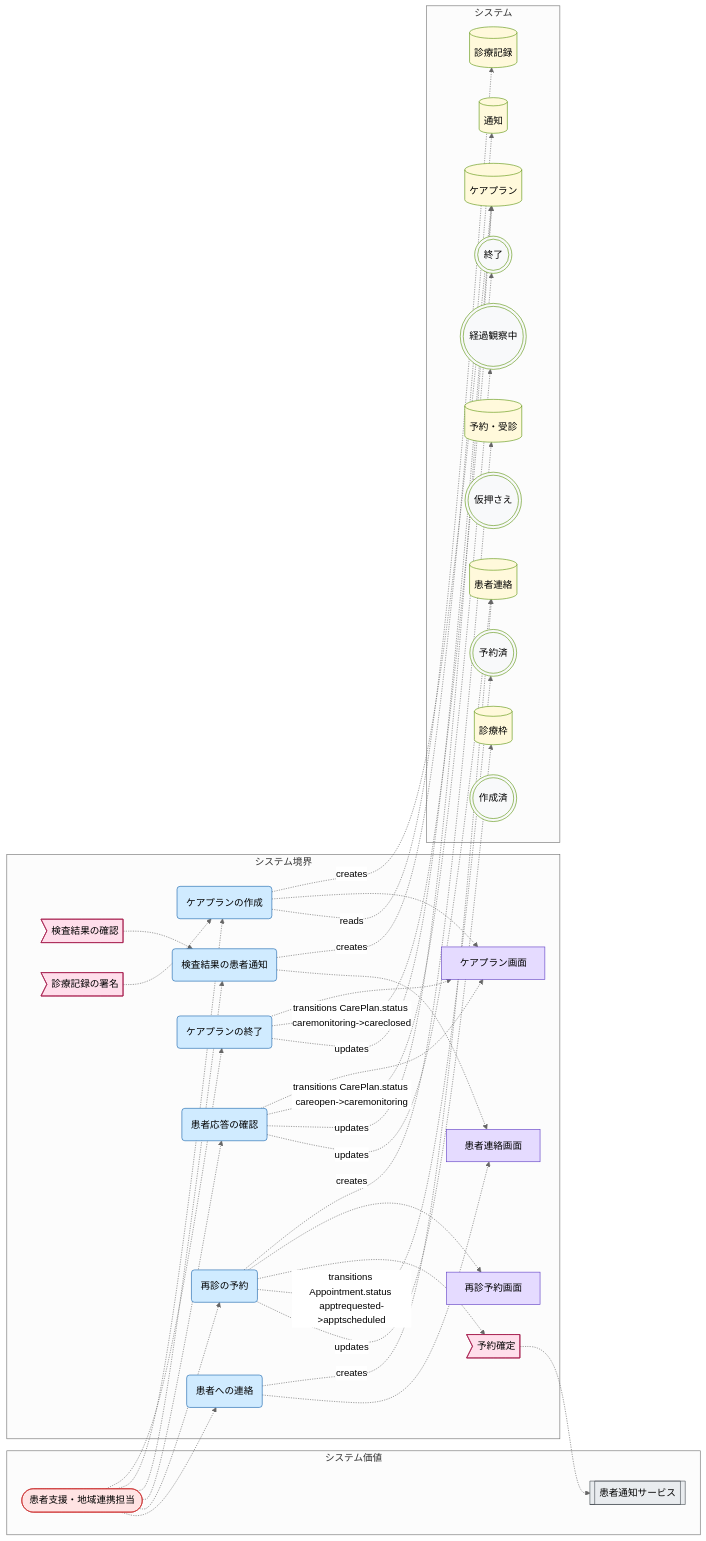
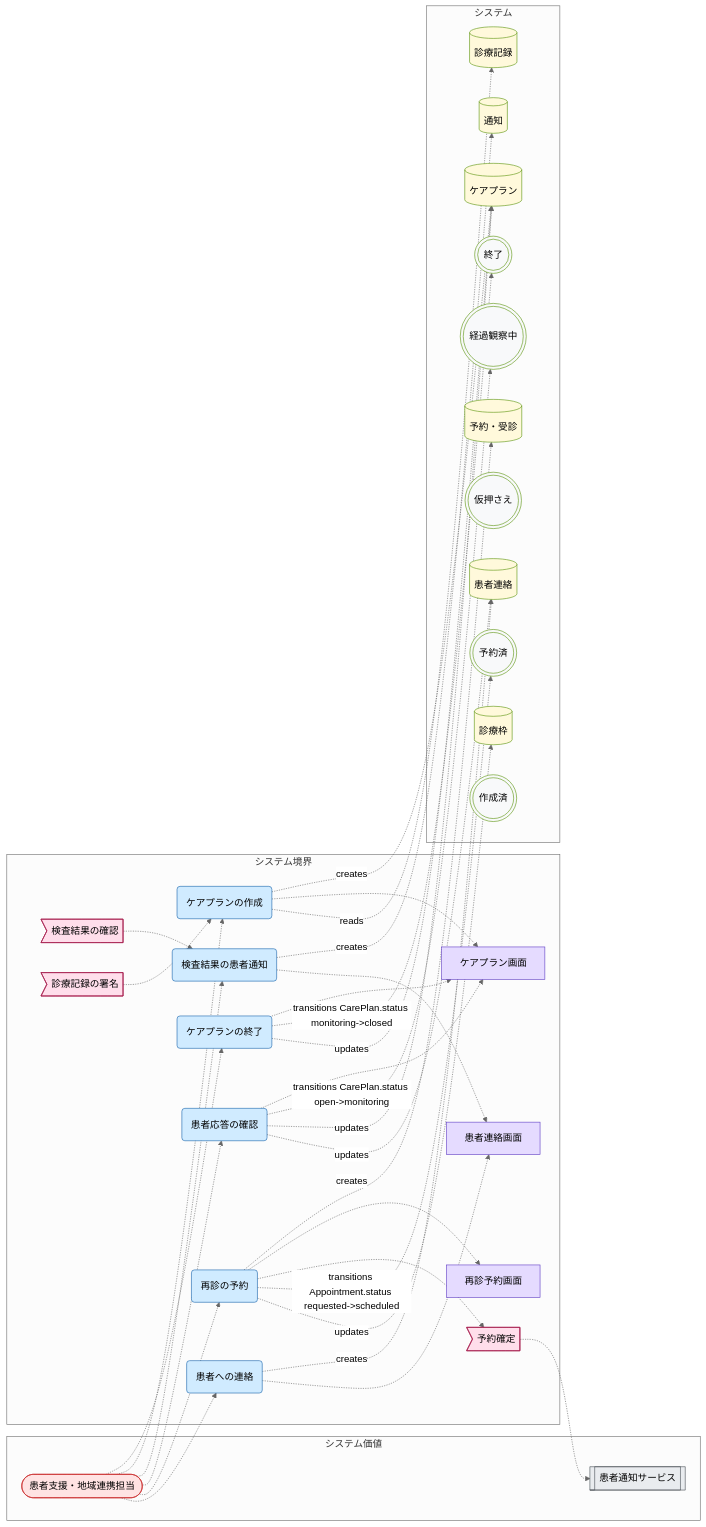
Before and after one commit to manji-0/rdra-ish-dsl: the diagram in samples/clinic-ops/out/buc/usecase_followup_care.mmd, drawn with Mermaid (neutral theme). The commit also changed 60 other files, not shown here.

```diff
--- a/samples/clinic-ops/out/buc/usecase_followup_care.mmd
+++ b/samples/clinic-ops/out/buc/usecase_followup_care.mmd
@@ -1,84 +1,84 @@
 %% rdra-ish diagram=usecase scope=buc:BucFollowupCare model=samples/clinic-ops
 %% layers: value=システム価値 boundary=システム境界 system=システム
 %% kinds: actor extsystem usecase screen event entity state
 %% omitted: buc step medium permission api
 flowchart LR
   subgraph layer_value["システム価値"]
     actor__CareCoordinator(["患者支援・地域連携担当"]):::actor
     %% desc actor__CareCoordinator: 診療後のケアプランを作り、患者への連絡と再診予約を追う。
     extsystem__MessagingGateway[["患者通知サービス"]]:::extsystem
   end
   subgraph layer_boundary["システム境界"]
     usecase__CloseCarePlan("ケアプランの終了"):::usecase
     %% desc usecase__CloseCarePlan: ケアプラン終了。
     usecase__CreateCarePlan("ケアプランの作成"):::usecase
     %% desc usecase__CreateCarePlan: 署名イベントからのケアプラン作成。
     usecase__NotifyPatientResult("検査結果の患者通知"):::usecase
     %% desc usecase__NotifyPatientResult: 結果の患者通知。
     usecase__ReviewPatientResponse("患者応答の確認"):::usecase
     %% desc usecase__ReviewPatientResponse: 患者応答の確認。
     usecase__ScheduleFollowUpVisit("再診の予約"):::usecase
     %% desc usecase__ScheduleFollowUpVisit: 再診予約。
     usecase__SendFollowUpMessage("患者への連絡"):::usecase
     %% desc usecase__SendFollowUpMessage: 患者連絡。
     screen__CarePlanScreen["ケアプラン画面"]:::screen
     screen__FollowUpScheduleScreen["再診予約画面"]:::screen
     screen__PatientMessageScreen["患者連絡画面"]:::screen
     event__EvAppointmentScheduled>"予約確定"]:::event
     event__EvClinicalOrderReviewed>"検査結果の確認"]:::event
     event__EvEncounterSigned>"診療記録の署名"]:::event
   end
   subgraph layer_system["システム"]
     entity__Appointment[("予約・受診")]:::entity
     entity__CarePlan[("ケアプラン")]:::entity
     entity__Encounter[("診療記録")]:::entity
     entity__Notification[("通知")]:::entity
     entity__PatientMessage[("患者連絡")]:::entity
     entity__ProviderSchedule[("診療枠")]:::entity
-    state__Appointment_apptrequested((("仮押さえ"))):::state
-    state__Appointment_apptscheduled((("予約済"))):::state
-    state__CarePlan_careclosed((("終了"))):::state
-    state__CarePlan_caremonitoring((("経過観察中"))):::state
-    state__CarePlan_careopen((("作成済"))):::state
+    state__Appointment_requested((("仮押さえ"))):::state
+    state__Appointment_scheduled((("予約済"))):::state
+    state__CarePlan_closed((("終了"))):::state
+    state__CarePlan_monitoring((("経過観察中"))):::state
+    state__CarePlan_open((("作成済"))):::state
   end
   actor__CareCoordinator -.-> usecase__CloseCarePlan
   actor__CareCoordinator -.-> usecase__CreateCarePlan
   actor__CareCoordinator -.-> usecase__NotifyPatientResult
   actor__CareCoordinator -.-> usecase__ReviewPatientResponse
   actor__CareCoordinator -.-> usecase__ScheduleFollowUpVisit
   actor__CareCoordinator -.-> usecase__SendFollowUpMessage
   event__EvAppointmentScheduled -.-> extsystem__MessagingGateway
   event__EvClinicalOrderReviewed -.-> usecase__NotifyPatientResult
   event__EvEncounterSigned -.-> usecase__CreateCarePlan
   usecase__CloseCarePlan -.-> screen__CarePlanScreen
-  usecase__CloseCarePlan -.->|transitions CarePlan.status caremonitoring->careclosed| state__CarePlan_careclosed
+  usecase__CloseCarePlan -.->|transitions CarePlan.status monitoring->closed| state__CarePlan_closed
   usecase__CloseCarePlan -.->|updates| entity__CarePlan
   usecase__CreateCarePlan -.->|creates| entity__CarePlan
   %% derived usecase__CreateCarePlan -> entity__CarePlan via api__CreateCarePlanApi
   usecase__CreateCarePlan -.-> screen__CarePlanScreen
   usecase__CreateCarePlan -.->|reads| entity__Encounter
   %% derived usecase__CreateCarePlan -> entity__Encounter via api__CreateCarePlanApi
   usecase__NotifyPatientResult -.->|creates| entity__Notification
   %% derived usecase__NotifyPatientResult -> entity__Notification via api__NotifyPatientResultApi
   usecase__NotifyPatientResult -.-> screen__PatientMessageScreen
   usecase__ReviewPatientResponse -.-> screen__CarePlanScreen
-  usecase__ReviewPatientResponse -.->|transitions CarePlan.status careopen->caremonitoring| state__CarePlan_caremonitoring
+  usecase__ReviewPatientResponse -.->|transitions CarePlan.status open->monitoring| state__CarePlan_monitoring
   usecase__ReviewPatientResponse -.->|updates| entity__CarePlan
   usecase__ReviewPatientResponse -.->|updates| entity__PatientMessage
   usecase__ScheduleFollowUpVisit -.->|creates| entity__Appointment
   %% derived usecase__ScheduleFollowUpVisit -> entity__Appointment via api__FollowUpScheduleApi
   usecase__ScheduleFollowUpVisit -.-> screen__FollowUpScheduleScreen
   usecase__ScheduleFollowUpVisit -.-> event__EvAppointmentScheduled
-  usecase__ScheduleFollowUpVisit -.->|transitions Appointment.status apptrequested->apptscheduled| state__Appointment_apptscheduled
+  usecase__ScheduleFollowUpVisit -.->|transitions Appointment.status requested->scheduled| state__Appointment_scheduled
   usecase__ScheduleFollowUpVisit -.->|updates| entity__ProviderSchedule
   %% derived usecase__ScheduleFollowUpVisit -> entity__ProviderSchedule via api__FollowUpScheduleApi
   usecase__SendFollowUpMessage -.->|creates| entity__PatientMessage
   %% derived usecase__SendFollowUpMessage -> entity__PatientMessage via api__SendFollowUpMessageApi
   usecase__SendFollowUpMessage -.-> screen__PatientMessageScreen
   classDef actor fill:#ffe3e3,stroke:#c92a2a,color:#000;
   classDef extsystem fill:#e9ecef,stroke:#495057,color:#000;
   classDef usecase fill:#d0ebff,stroke:#1864ab,color:#000;
   classDef screen fill:#e5dbff,stroke:#5f3dc4,color:#000;
   classDef event fill:#ffdeeb,stroke:#a61e4d,color:#000;
   classDef entity fill:#fff9db,stroke:#5c940d,color:#000;
   classDef state fill:#f8f9fa,stroke:#5c940d,color:#000;
```
